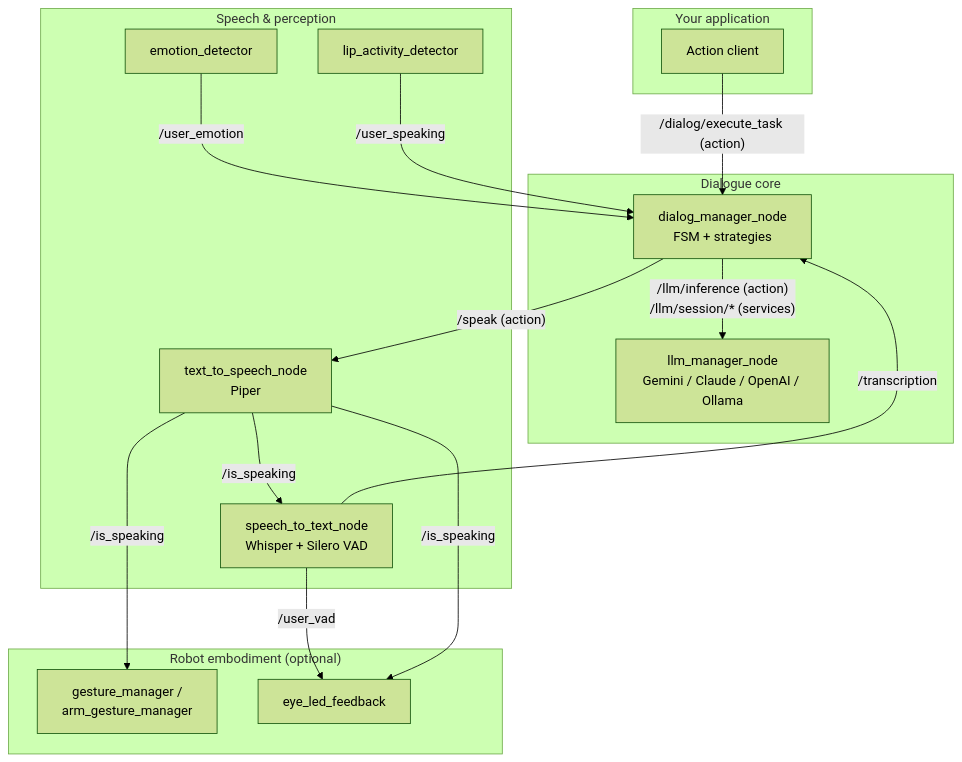
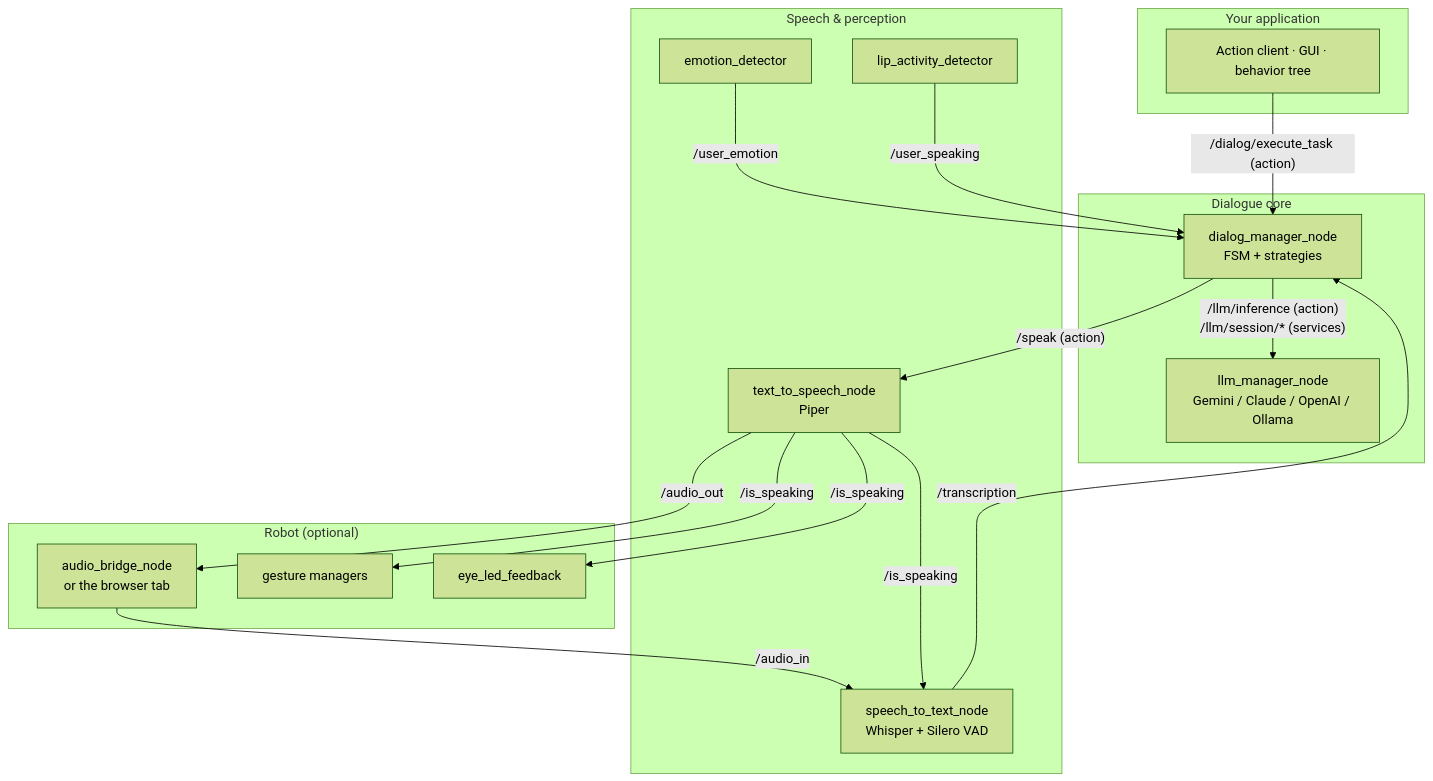
One commit to aquintan4/DialoStack changed the diagram in README.md. Above: the diagram before and after it, drawn with Mermaid (forest theme). The commit also changed other lines of this file and 5 other files, not shown here.

````diff
--- a/README.md
+++ b/README.md
@@ -51,34 +120,36 @@
 ```mermaid
 flowchart TB
     subgraph client ["Your application"]
-        APP["Action client"]
+        APP["Action client · GUI · behavior tree"]
     end
 
     subgraph core ["Dialogue core"]
         DM["dialog_manager_node<br/>FSM + strategies"]
         LLM["llm_manager_node<br/>Gemini / Claude / OpenAI / Ollama"]
     end
 
     subgraph io ["Speech & perception"]
         STT["speech_to_text_node<br/>Whisper + Silero VAD"]
         TTS["text_to_speech_node<br/>Piper"]
         EMO["emotion_detector"]
         LIP["lip_activity_detector"]
     end
 
-    subgraph robot ["Robot embodiment (optional)"]
-        GES["gesture_manager /<br/>arm_gesture_manager"]
+    subgraph robot ["Robot (optional)"]
+        AUD["audio_bridge_node<br/>or the browser tab"]
+        GES["gesture managers"]
         LED["eye_led_feedback"]
     end
 
     APP -- "/dialog/execute_task (action)" --> DM
     DM -- "/llm/inference (action)<br/>/llm/session/* (services)" --> LLM
     STT -- "/transcription" --> DM
     DM -- "/speak (action)" --> TTS
+    AUD -- "/audio_in" --> STT
+    TTS -- "/audio_out" --> AUD
     TTS -- "/is_speaking" --> STT
     TTS -- "/is_speaking" --> GES
-    STT -- "/user_vad" --> LED
     TTS -- "/is_speaking" --> LED
     EMO -- "/user_emotion" --> DM
     LIP -- "/user_speaking" --> DM
 ```
````
